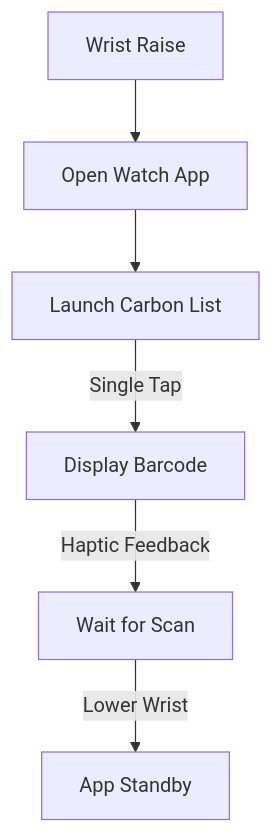
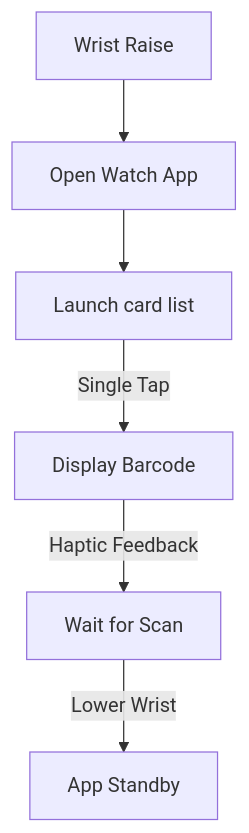
One commit to ifero/myLoyaltyCards changed the first of 2 diagrams in docs/ux-design-specification.md. Above: the diagram before and after it, drawn with Mermaid. The commit also changed other lines of this file and 11 other files, not shown here.

````diff
--- a/docs/ux-design-specification.md
+++ b/docs/ux-design-specification.md
@@ -254,8 +275,8 @@
 ```mermaid
 graph TD
     A[Wrist Raise] --> B[Open Watch App]
-    B --> C[Launch Carbon List]
+    B --> C[Launch card list]
     C -->|Single Tap| D[Display Barcode]
     D -->|Haptic Feedback| E[Wait for Scan]
     E -->|Lower Wrist| F[App Standby]
 ```
````
